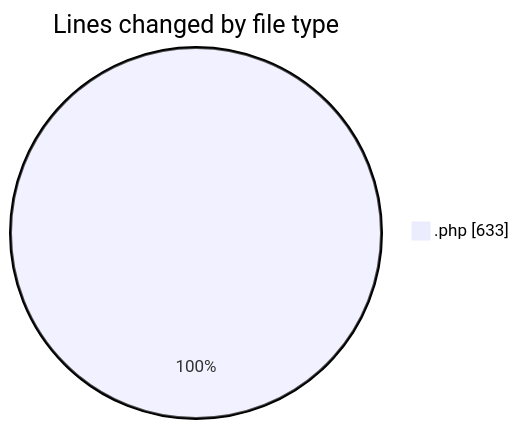
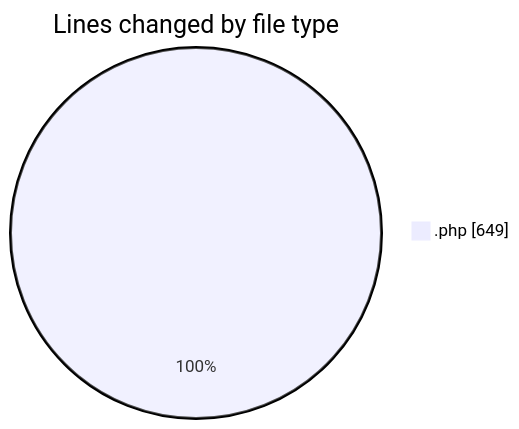
The first of 2 diagrams in 2025-10-14/untitled__workspace_/README.md (debugP/code-tracking), drawn with Mermaid before and after one commit. The commit also changed other lines of this file and 1 other file, not shown here.

````diff
--- a/2025-10-14/untitled__workspace_/README.md
+++ b/2025-10-14/untitled__workspace_/README.md
@@ -20,5 +20,5 @@
 ```mermaid
 pie showData
 title Lines changed by file type
-".php" : 633
+".php" : 649
 ```
````
